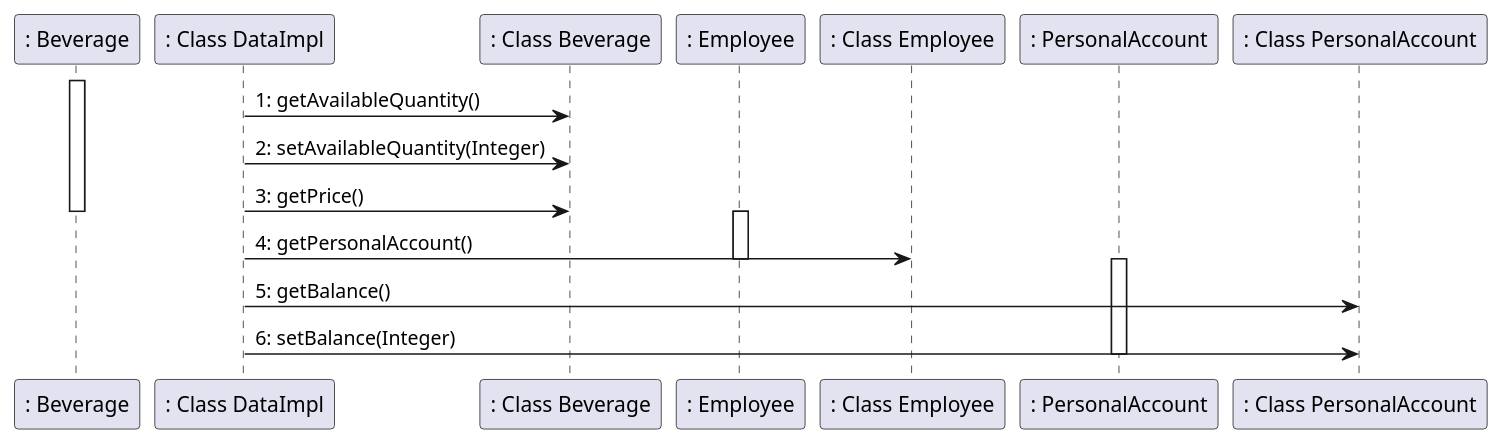
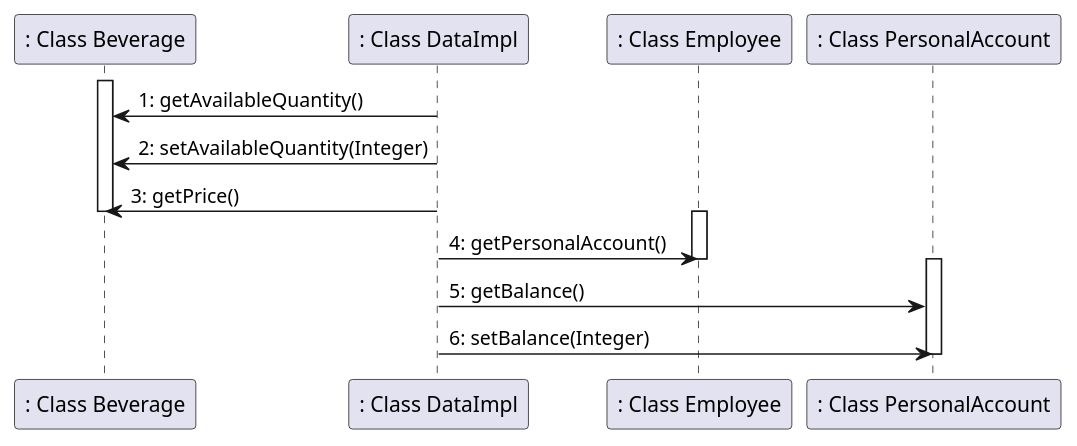
One commit to salvatore-dimartino/LaTazza changed the sixth of 7 diagrams in templates/DesignDocumentTemplate.md. Above: the diagram before and after it, drawn with PlantUML.

````diff
--- a/templates/DesignDocumentTemplate.md
+++ b/templates/DesignDocumentTemplate.md
@@ -438,14 +438,14 @@
 ```plantuml
-activate ": Beverage"
+activate ": Class Beverage"
 ": Class DataImpl" -> ": Class Beverage": 1: getAvailableQuantity()
 ": Class DataImpl" -> ": Class Beverage": 2: setAvailableQuantity(Integer)
 ": Class DataImpl" -> ": Class Beverage": 3: getPrice()
-deactivate ": Beverage"
-activate ": Employee"
+deactivate ": Class Beverage"
+activate ": Class Employee"
 ": Class DataImpl" -> ": Class Employee": 4: getPersonalAccount()
-deactivate ": Employee"
-activate ": PersonalAccount"
+deactivate ": Class Employee"
+activate ": Class PersonalAccount"
 ": Class DataImpl" -> ": Class PersonalAccount": 5: getBalance()
 ": Class DataImpl" -> ": Class PersonalAccount": 6: setBalance(Integer)
-deactivate ": PersonalAccount"
+deactivate ": Class PersonalAccount"
 ```
````
